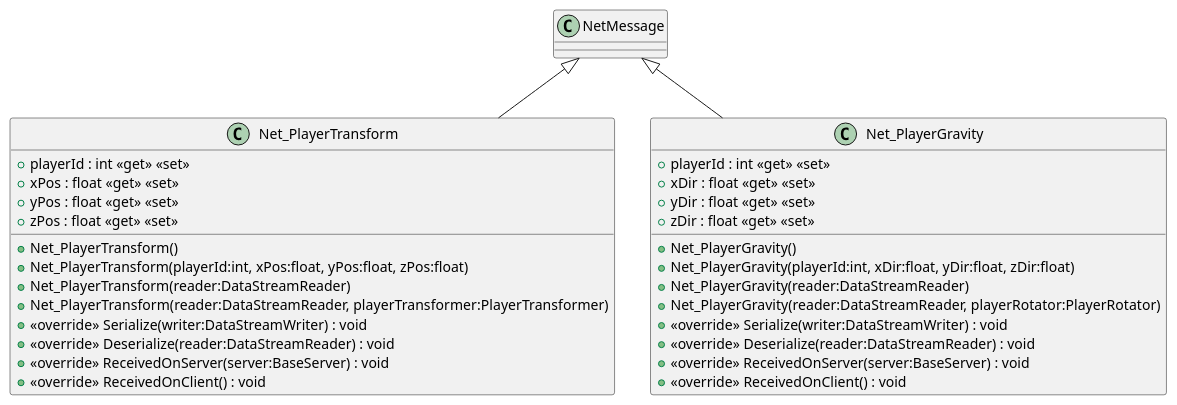
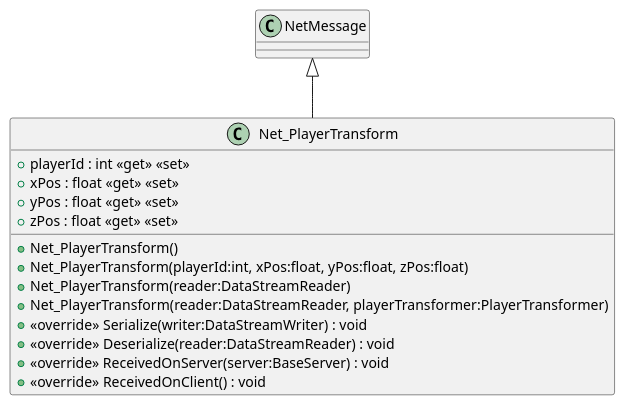
Before and after one commit to McYvar/NetworkProgramming: the diagram in UML/Network/Shared/Net_PlayerTransform.puml, drawn with PlantUML. The commit also changed 15 other files, not shown here.

Commit message:
Generate UML (Generate UML)

```diff
--- a/UML/Network/Shared/Net_PlayerTransform.puml
+++ b/UML/Network/Shared/Net_PlayerTransform.puml
@@ -1,32 +1,17 @@
 @startuml
 class Net_PlayerTransform {
     + playerId : int <<get>> <<set>>
     + xPos : float <<get>> <<set>>
     + yPos : float <<get>> <<set>>
     + zPos : float <<get>> <<set>>
     + Net_PlayerTransform()
     + Net_PlayerTransform(playerId:int, xPos:float, yPos:float, zPos:float)
     + Net_PlayerTransform(reader:DataStreamReader)
     + Net_PlayerTransform(reader:DataStreamReader, playerTransformer:PlayerTransformer)
     + <<override>> Serialize(writer:DataStreamWriter) : void
     + <<override>> Deserialize(reader:DataStreamReader) : void
     + <<override>> ReceivedOnServer(server:BaseServer) : void
     + <<override>> ReceivedOnClient() : void
 }
-class Net_PlayerGravity {
-    + playerId : int <<get>> <<set>>
-    + xDir : float <<get>> <<set>>
-    + yDir : float <<get>> <<set>>
-    + zDir : float <<get>> <<set>>
-    + Net_PlayerGravity()
-    + Net_PlayerGravity(playerId:int, xDir:float, yDir:float, zDir:float)
-    + Net_PlayerGravity(reader:DataStreamReader)
-    + Net_PlayerGravity(reader:DataStreamReader, playerRotator:PlayerRotator)
-    + <<override>> Serialize(writer:DataStreamWriter) : void
-    + <<override>> Deserialize(reader:DataStreamReader) : void
-    + <<override>> ReceivedOnServer(server:BaseServer) : void
-    + <<override>> ReceivedOnClient() : void
-}
 NetMessage <|-- Net_PlayerTransform
-NetMessage <|-- Net_PlayerGravity
 @enduml
```
